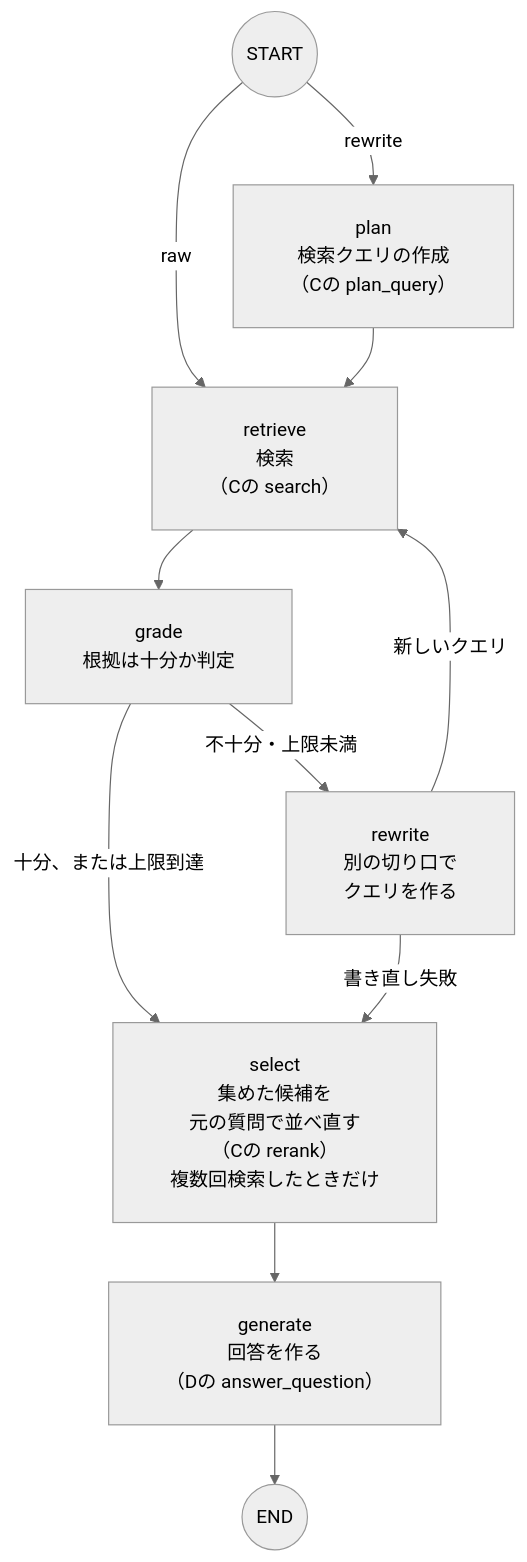
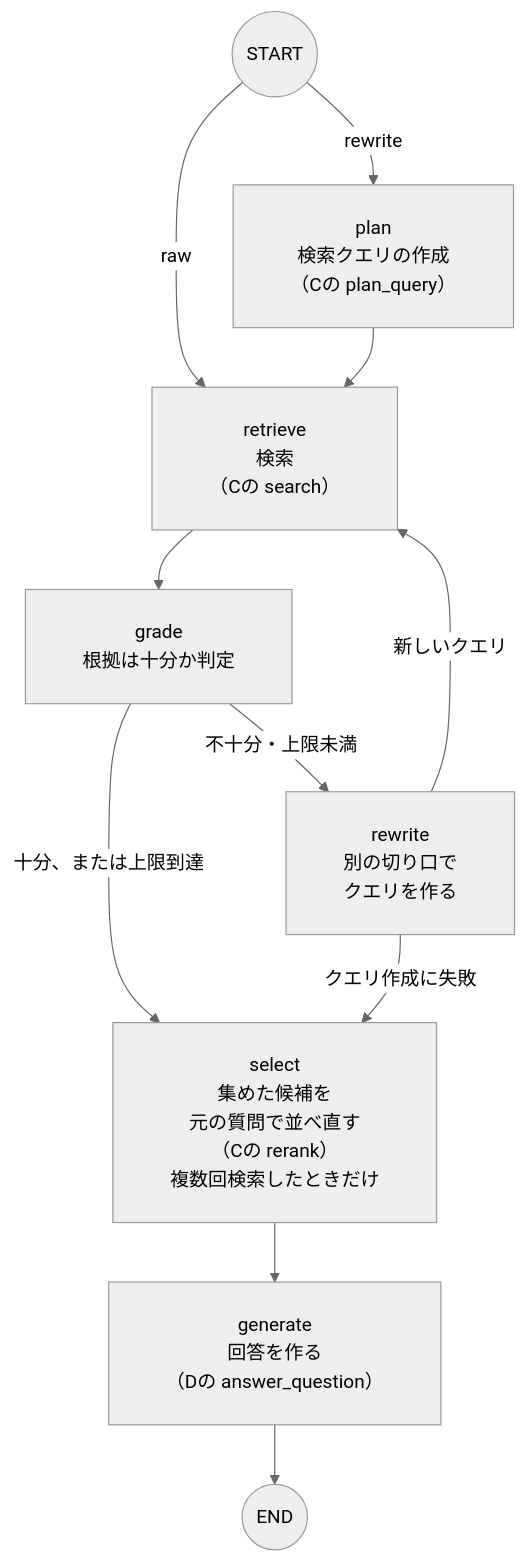
One commit to satoshi-abe-dev/silo-rag changed the third of 3 diagrams in README_ja.md. Above: the diagram before and after it, drawn with Mermaid (neutral theme). The commit also changed other lines of this file and 4 other files, not shown here.

````diff
--- a/README_ja.md
+++ b/README_ja.md
@@ -235,14 +235,14 @@
 ```mermaid
 %%{init: {"flowchart": {"padding": 24, "wrappingWidth": 400}}}%%
 graph TD
     S((START)) -->|raw| R["retrieve<br/>検索<br/>（Cの search）"]
     S -->|rewrite| P["plan<br/>検索クエリの作成<br/>（Cの plan_query）"]
     P --> R
     R --> J["grade<br/>根拠は十分か判定"]
     J -->|十分、または上限到達| SEL["select<br/>集めた候補を<br/>元の質問で並べ直す<br/>（Cの rerank）<br/>複数回検索したときだけ"]
     J -->|不十分・上限未満| W["rewrite<br/>別の切り口で<br/>クエリを作る"]
     W -->|新しいクエリ| R
-    W -->|書き直し失敗| SEL
+    W -->|クエリ作成に失敗| SEL
     SEL --> G["generate<br/>回答を作る<br/>（Dの answer_question）"]
     G --> X((END))
 ```
````
